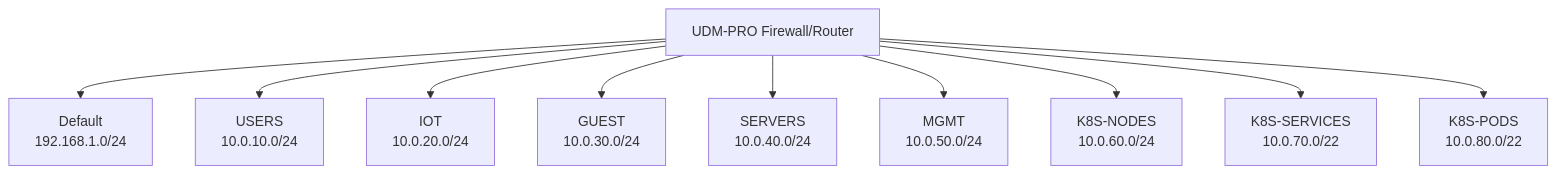
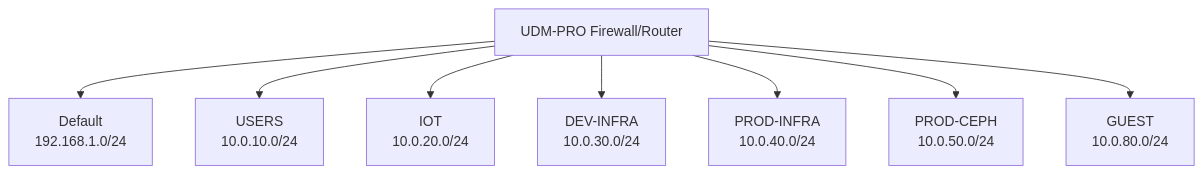
Before and after one commit to fabricesemti80/homelab-architecture: the diagram in docs/network.md, drawn with Mermaid. The commit also changed other lines of this file, not shown here.

````diff
--- a/docs/network.md
+++ b/docs/network.md
@@ -23,24 +21,20 @@
 ```mermaid
 graph TB
     UDM["UDM-PRO Firewall/Router"]
 
     DEF["Default<br/>192.168.1.0/24"]
     USR["USERS<br/>10.0.10.0/24"]
     IOT["IOT<br/>10.0.20.0/24"]
-    GST["GUEST<br/>10.0.30.0/24"]
-    SRV["SERVERS<br/>10.0.40.0/24"]
-    MGM["MGMT<br/>10.0.50.0/24"]
-    K8N["K8S-NODES<br/>10.0.60.0/24"]
-    K8S["K8S-SERVICES<br/>10.0.70.0/22"]
-    K8P["K8S-PODS<br/>10.0.80.0/22"]
+    DEV["DEV-INFRA<br/>10.0.30.0/24"]
+    PROD["PROD-INFRA<br/>10.0.40.0/24"]
+    CEPH["PROD-CEPH<br/>10.0.50.0/24"]
+    GST["GUEST<br/>10.0.80.0/24"]
 
     UDM --> DEF
     UDM --> USR
     UDM --> IOT
+    UDM --> DEV
+    UDM --> PROD
+    UDM --> CEPH
     UDM --> GST
-    UDM --> SRV
-    UDM --> MGM
-    UDM --> K8N
-    UDM --> K8S
-    UDM --> K8P
 ```
````
